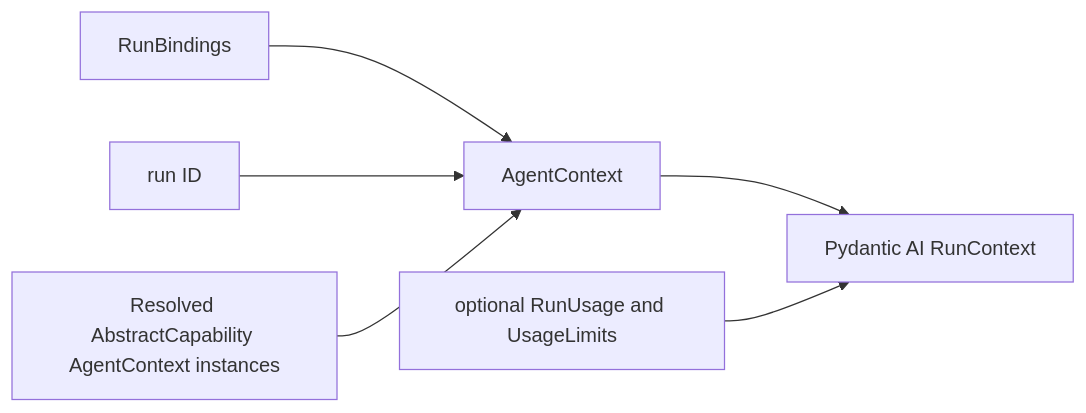
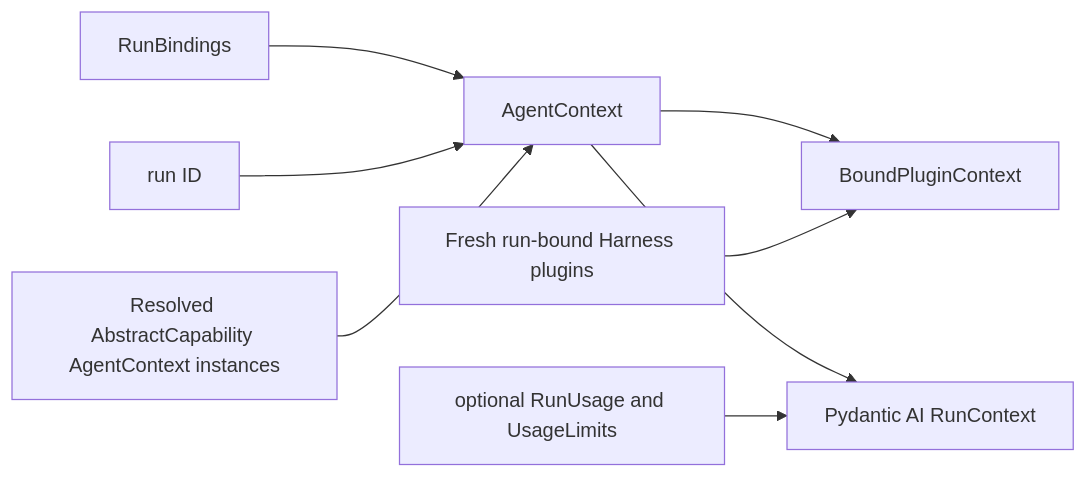
One commit to LTThreeComma/agent-foundation changed the first of 3 diagrams in spec/agent-harness/06-execution-context-and-lifecycle.md. Above: the diagram before and after it, drawn with Mermaid. The commit also changed other lines of this file and 21 other files, not shown here.

First line of the commit message:
feat(harness): define first-class plugin lifecycle

````diff
--- a/spec/agent-harness/06-execution-context-and-lifecycle.md
+++ b/spec/agent-harness/06-execution-context-and-lifecycle.md
@@ -26,8 +26,10 @@
 ```mermaid
 flowchart LR
     RB[RunBindings] --> CTX[AgentContext]
     META[run ID] --> CTX
+    CTX --> BPC[BoundPluginContext]
+    PLUGINS[Fresh run-bound Harness plugins] --> BPC
     CAPS[Resolved AbstractCapability AgentContext instances] --> CTX
     CTX --> RC[Pydantic AI RunContext]
     ARGS[optional RunUsage and UsageLimits] --> RC
 ```
````
